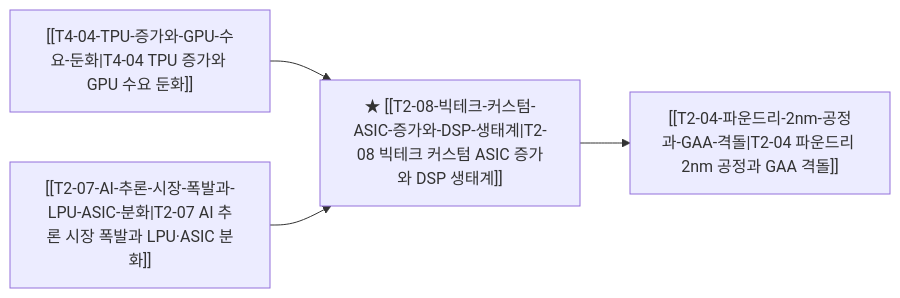
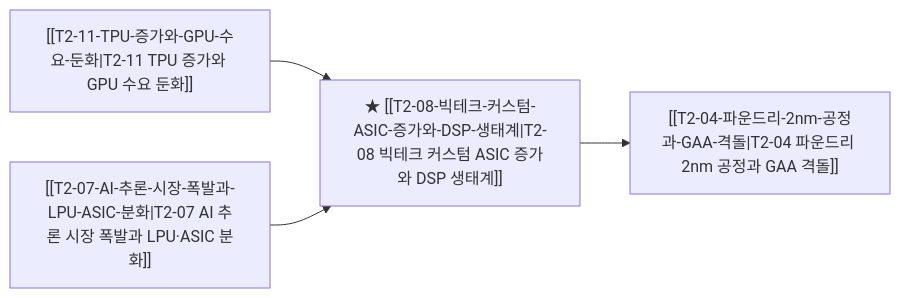
Before and after one commit to zoofighter/b_0901_Argus_pulse: the diagram in thesis/T2-08-빅테크-커스텀-ASIC-증가와-DSP-생태계.md, drawn with Mermaid. The commit also changed other lines of this file and 94 other files, not shown here.

````diff
--- a/thesis/T2-08-빅테크-커스텀-ASIC-증가와-DSP-생태계.md
+++ b/thesis/T2-08-빅테크-커스텀-ASIC-증가와-DSP-생태계.md
@@ -74,6 +76,6 @@
 ```mermaid
 graph LR
-    P_T_06["[[T4-04-TPU-증가와-GPU-수요-둔화|T4-04 TPU 증가와 GPU 수요 둔화]]"] --> T_T_24["★ [[T2-08-빅테크-커스텀-ASIC-증가와-DSP-생태계|T2-08 빅테크 커스텀 ASIC 증가와 DSP 생태계]]"]
+    P_T_06["[[T2-11-TPU-증가와-GPU-수요-둔화|T2-11 TPU 증가와 GPU 수요 둔화]]"] --> T_T_24["★ [[T2-08-빅테크-커스텀-ASIC-증가와-DSP-생태계|T2-08 빅테크 커스텀 ASIC 증가와 DSP 생태계]]"]
     P_T_15["[[T2-07-AI-추론-시장-폭발과-LPU-ASIC-분화|T2-07 AI 추론 시장 폭발과 LPU·ASIC 분화]]"] --> T_T_24["★ [[T2-08-빅테크-커스텀-ASIC-증가와-DSP-생태계|T2-08 빅테크 커스텀 ASIC 증가와 DSP 생태계]]"]
     T_T_24["★ [[T2-08-빅테크-커스텀-ASIC-증가와-DSP-생태계|T2-08 빅테크 커스텀 ASIC 증가와 DSP 생태계]]"] --> D_T_16["[[T2-04-파운드리-2nm-공정과-GAA-격돌|T2-04 파운드리 2nm 공정과 GAA 격돌]]"]
 ```
````
